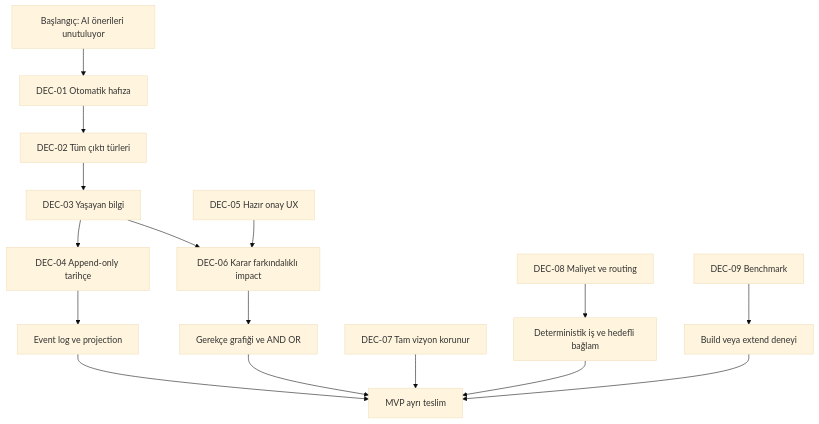
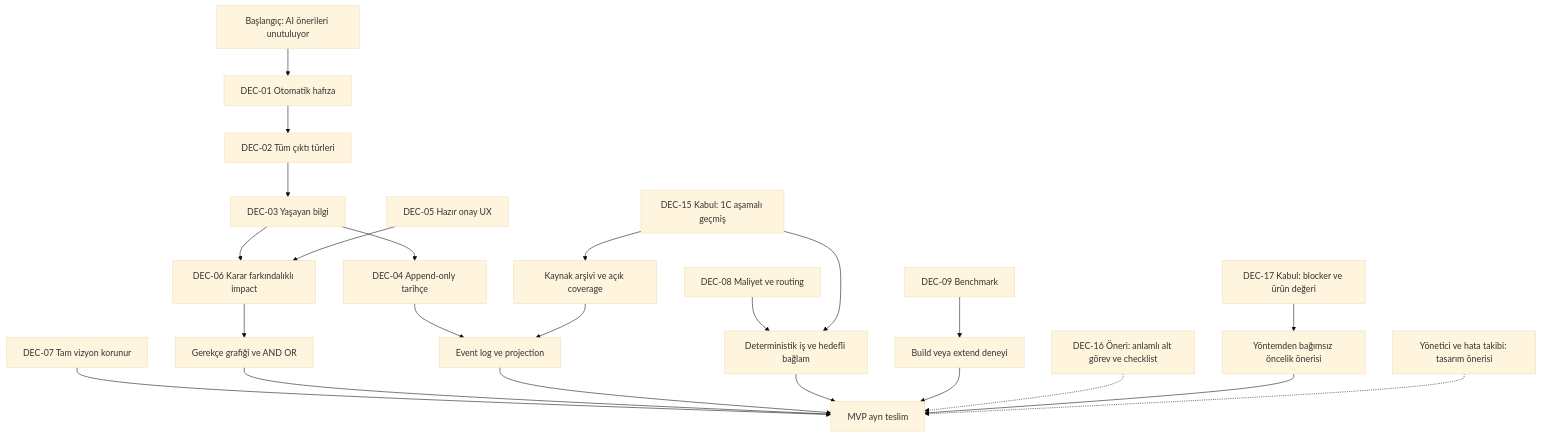
Before and after one commit to alphanAkbulut/decivora: the diagram in docs/product/decision-map.md, drawn with Mermaid (base theme). The commit also changed other lines of this file and 15 other files, not shown here.

Commit message:
docs: align diagrams and define administration and operations

````diff
--- a/docs/product/decision-map.md
+++ b/docs/product/decision-map.md
@@ -25,18 +25,25 @@
 ```mermaid
 flowchart TD
     P[Başlangıç: AI önerileri unutuluyor] --> D1[DEC-01 Otomatik hafıza]
     D1 --> D2[DEC-02 Tüm çıktı türleri]
     D2 --> D3[DEC-03 Yaşayan bilgi]
     D3 --> D4[DEC-04 Append-only tarihçe]
     D3 --> D6[DEC-06 Karar farkındalıklı impact]
     D5[DEC-05 Hazır onay UX] --> D6
     D6 --> G[Gerekçe grafiği ve AND OR]
     D4 --> A[Event log ve projection]
     D7[DEC-07 Tam vizyon korunur] --> M[MVP ayrı teslim]
     D8[DEC-08 Maliyet ve routing] --> R[Deterministik iş ve hedefli bağlam]
     D9[DEC-09 Benchmark] --> X[Build veya extend deneyi]
     G --> M
     A --> M
     R --> M
     X --> M
+    D15[DEC-15 Kabul: 1C aşamalı geçmiş] --> R
+    D15 --> HIST[Kaynak arşivi ve açık coverage]
+    HIST --> A
+    D16[DEC-16 Öneri: anlamlı alt görev ve checklist] -.-> M
+    D17[DEC-17 Kabul: blocker ve ürün değeri] --> FLOW[Yöntemden bağımsız öncelik önerisi]
+    FLOW --> M
+    GOV[Yönetici ve hata takibi: tasarım önerisi] -.-> M
 ```
````
